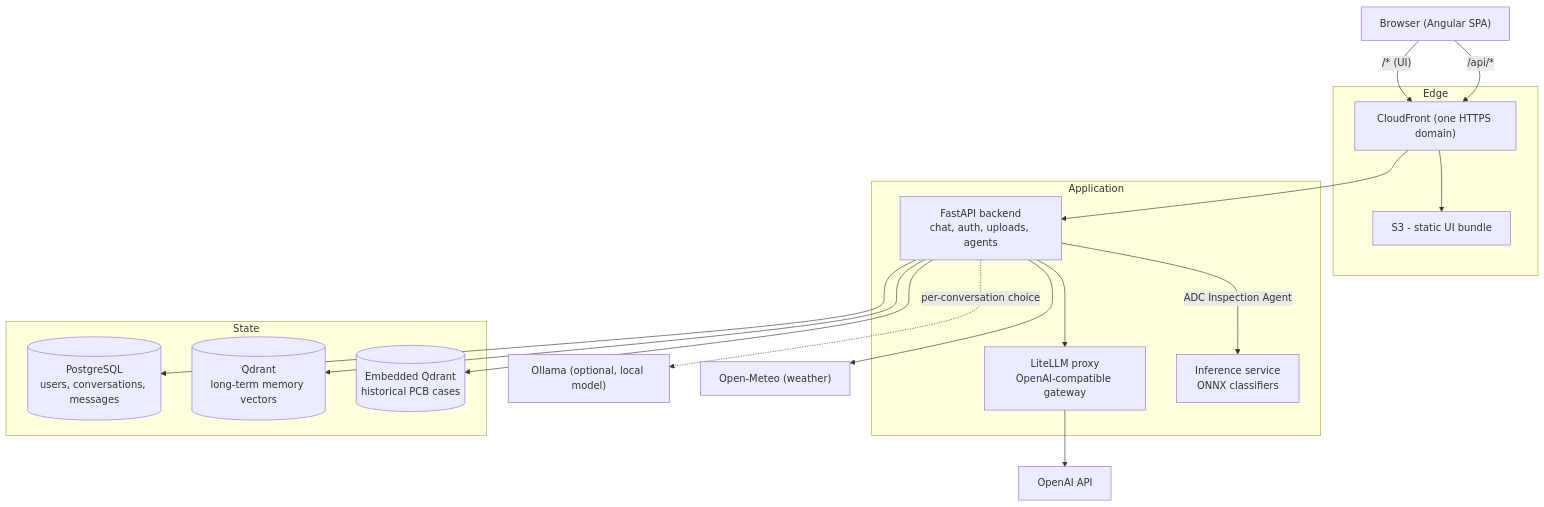
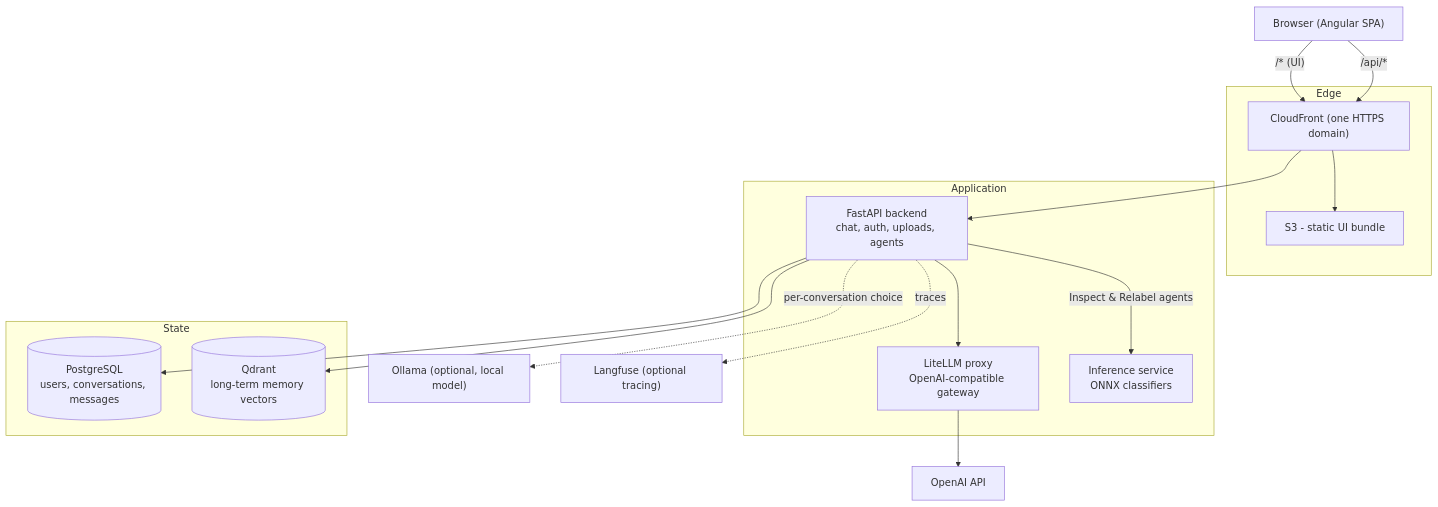
One commit to JC-prog/sentinel-pcb changed the first of 2 diagrams in docs/ARCHITECTURE.md. Above: the diagram before and after it, drawn with Mermaid. The commit also changed other lines of this file and 159 other files, not shown here.

````diff
--- a/docs/ARCHITECTURE.md
+++ b/docs/ARCHITECTURE.md
@@ -26,35 +26,33 @@
 ```mermaid
 flowchart TD
     browser["Browser (Angular SPA)"]
 
     subgraph edge["Edge"]
         cf["CloudFront (one HTTPS domain)"]
         s3["S3 - static UI bundle"]
     end
 
     subgraph app["Application"]
         be["FastAPI backend<br/>chat, auth, uploads, agents"]
         lite["LiteLLM proxy<br/>OpenAI-compatible gateway"]
         inf["Inference service<br/>ONNX classifiers"]
     end
 
     subgraph data["State"]
         pg[("PostgreSQL<br/>users, conversations, messages")]
         qd[("Qdrant<br/>long-term memory vectors")]
-        eqd[("Embedded Qdrant<br/>historical PCB cases")]
     end
 
     openai["OpenAI API"]
     ollama["Ollama (optional, local model)"]
-    ometeo["Open-Meteo (weather)"]
+    langfuse["Langfuse (optional tracing)"]
 
     browser -->|"/* (UI)"| cf --> s3
     browser -->|"/api/*"| cf --> be
     be --> pg
     be --> qd
     be --> lite --> openai
     be -.->|per-conversation choice| ollama
-    be -->|ADC Inspection Agent| inf
-    be --> eqd
-    be --> ometeo
+    be -->|Inspect & Relabel agents| inf
+    be -.->|traces| langfuse
 ```
````
